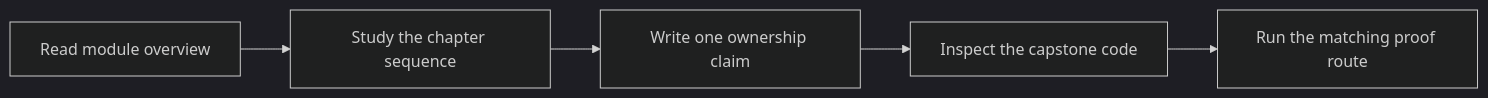
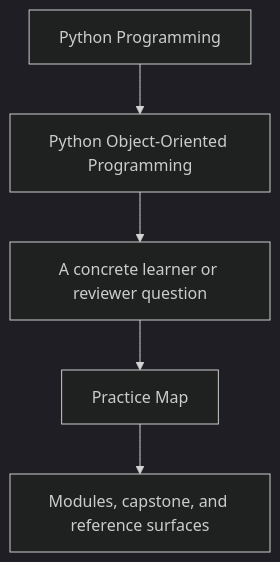
The first of 2 diagrams in programs/python-programming/python-object-oriented-programming/course-book/guides/practice-map.md (bijux/bijux-masterclass), drawn with Mermaid (dark theme) before and after one commit. The commit also changed other lines of this file and 23 other files, not shown here.

Commit message:
docs(python-object-oriented-programming): sharpen guide and reference diagrams

````diff
--- a/programs/python-programming/python-object-oriented-programming/course-book/guides/practice-map.md
+++ b/programs/python-programming/python-object-oriented-programming/course-book/guides/practice-map.md
@@ -7,7 +7,7 @@
 ```mermaid
-graph LR
-  read["Read module overview"] --> chapter["Study the chapter sequence"]
-  chapter --> note["Write one ownership claim"]
-  note --> inspect["Inspect the capstone code"]
-  inspect --> verify["Run the matching proof route"]
+flowchart TD
+  family["Python Programming"] --> program["Python Object-Oriented Programming"]
+  program --> pressure["A concrete learner or reviewer question"]
+  pressure --> guide["Practice Map"]
+  guide --> next["Modules, capstone, and reference surfaces"]
 ```
````
